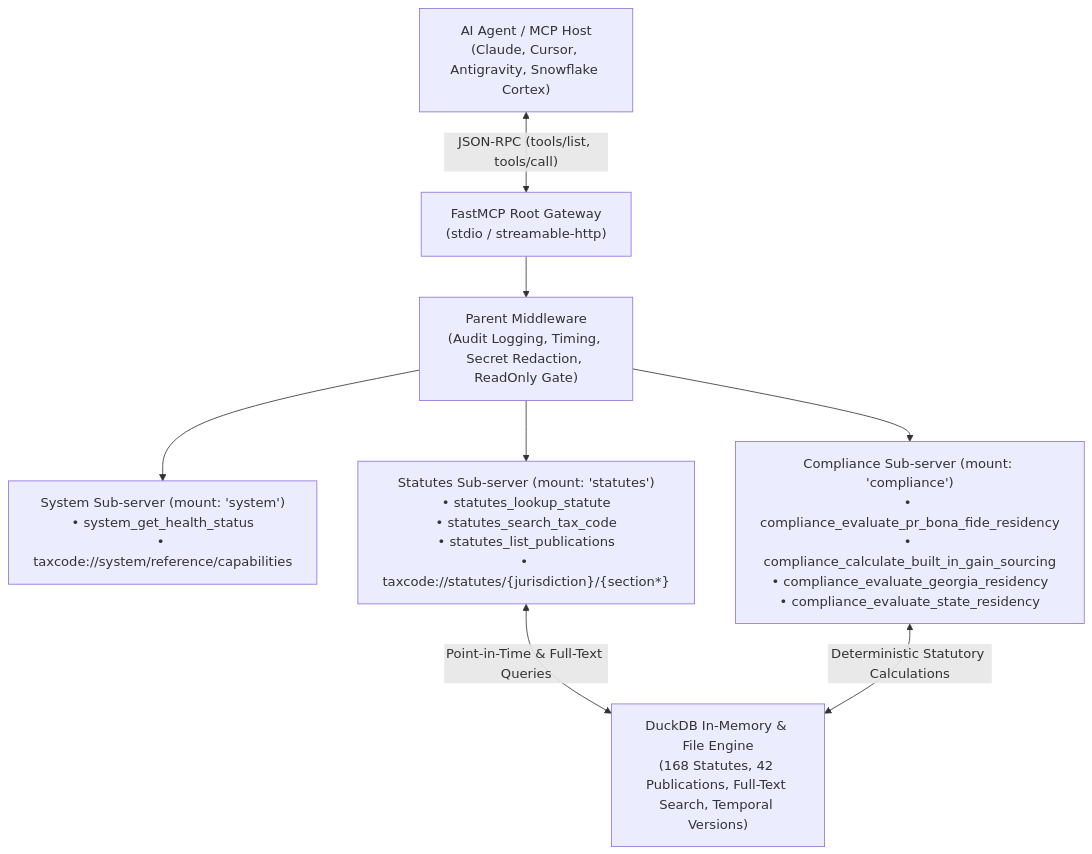
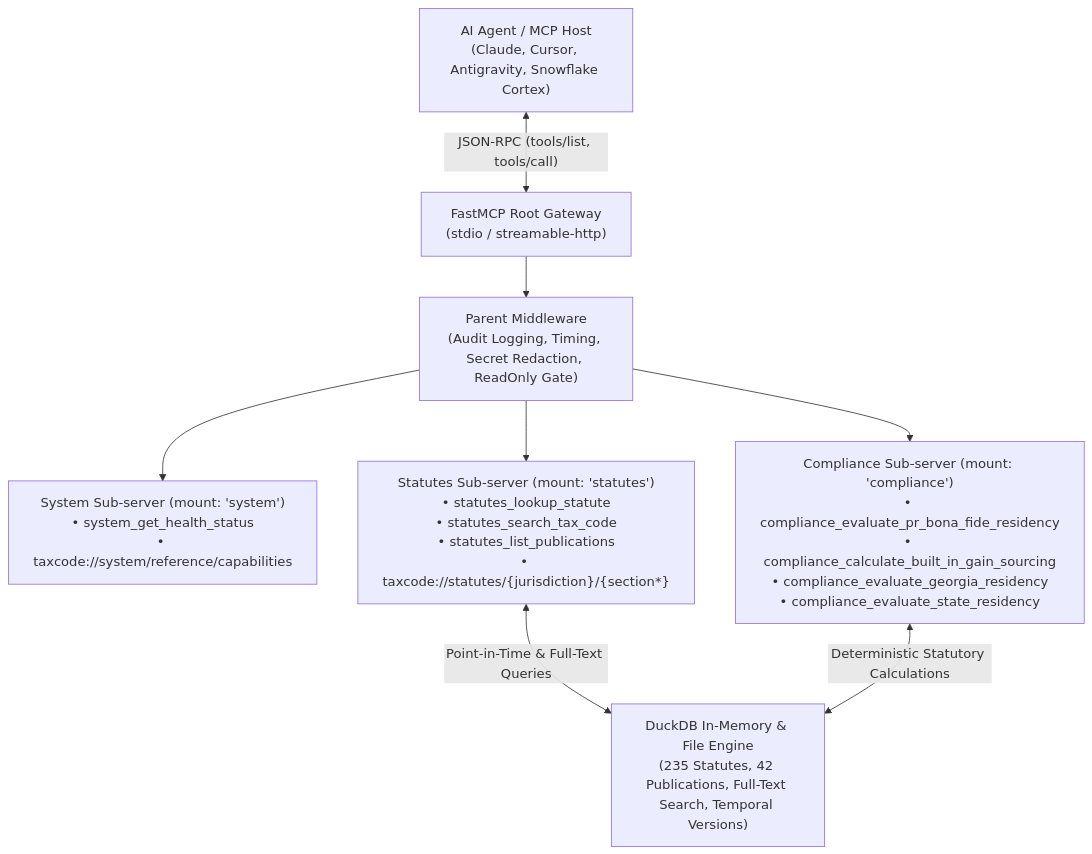
One commit to christianclaudio/mcp-server-taxcode changed the diagram in README.md. Above: the diagram before and after it, drawn with Mermaid. The commit also changed 112 other files, not shown here.

````diff
--- a/README.md
+++ b/README.md
@@ -22,18 +22,18 @@
 ```mermaid
 graph TD
     Client["AI Agent / MCP Host<br>(Claude, Cursor, Antigravity, Snowflake Cortex)"]
     Gateway["FastMCP Root Gateway<br>(stdio / streamable-http)"]
     ParentMW["Parent Middleware<br>(Audit Logging, Timing, Secret Redaction, ReadOnly Gate)"]
     SysSub["System Sub-server (mount: 'system')<br>• system_get_health_status<br>• taxcode://system/reference/capabilities"]
     StatSub["Statutes Sub-server (mount: 'statutes')<br>• statutes_lookup_statute<br>• statutes_search_tax_code<br>• statutes_list_publications<br>• taxcode://statutes/{jurisdiction}/{section*}"]
     CompSub["Compliance Sub-server (mount: 'compliance')<br>• compliance_evaluate_pr_bona_fide_residency<br>• compliance_calculate_built_in_gain_sourcing<br>• compliance_evaluate_georgia_residency<br>• compliance_evaluate_state_residency"]
-    DuckDB["DuckDB In-Memory & File Engine<br>(168 Statutes, 42 Publications, Full-Text Search, Temporal Versions)"]
+    DuckDB["DuckDB In-Memory & File Engine<br>(235 Statutes, 42 Publications, Full-Text Search, Temporal Versions)"]
 
     Client <-->|"JSON-RPC (tools/list, tools/call)"| Gateway
     Gateway --> ParentMW
     ParentMW --> SysSub
     ParentMW --> StatSub
     ParentMW --> CompSub
     StatSub <-->|"Point-in-Time & Full-Text Queries"| DuckDB
     CompSub <-->|"Deterministic Statutory Calculations"| DuckDB
 ```
````
